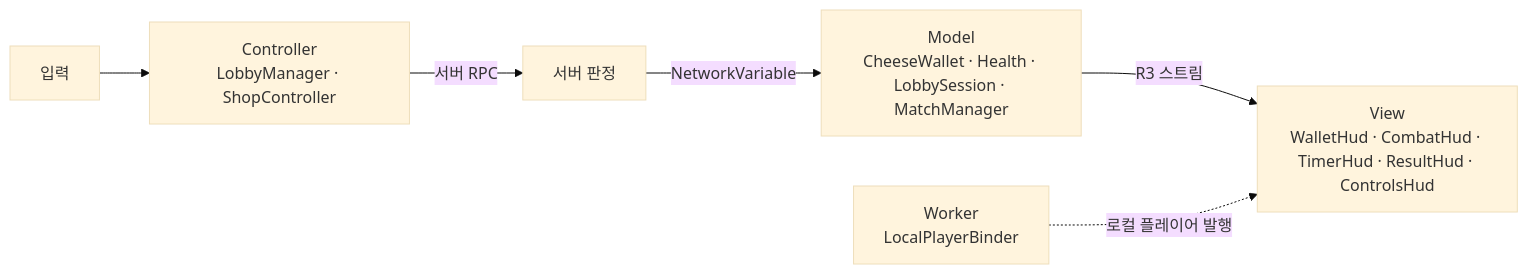
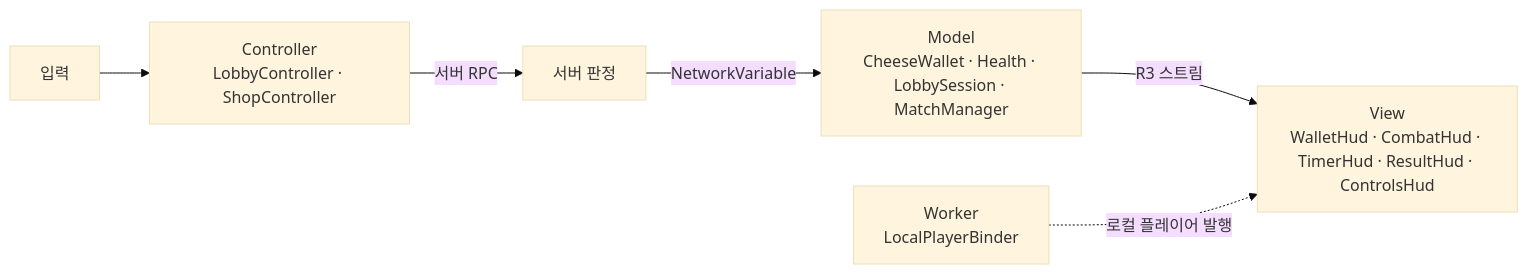
The sixth of 6 diagrams in CTC/docs/design-vault/코드 다이어그램.md (JeahanPark/The-Cheese-Thief-and-the-Cat), drawn with Mermaid (base theme) before and after one commit. The commit also changed other lines of this file and 2 other files, not shown here.

````diff
--- a/CTC/docs/design-vault/코드 다이어그램.md
+++ b/CTC/docs/design-vault/코드 다이어그램.md
@@ -275,8 +278,8 @@
 ```mermaid
 flowchart LR
-    Input[입력] --> C[Controller<br/>LobbyManager · ShopController]
+    Input[입력] --> C[Controller<br/>LobbyController · ShopController]
     C -->|서버 RPC| S[서버 판정]
     S -->|NetworkVariable| M[Model<br/>CheeseWallet · Health · LobbySession · MatchManager]
     M -->|R3 스트림| V[View<br/>WalletHud · CombatHud · TimerHud · ResultHud · ControlsHud]
     W[Worker<br/>LocalPlayerBinder] -.로컬 플레이어 발행.-> V
 ```
````
